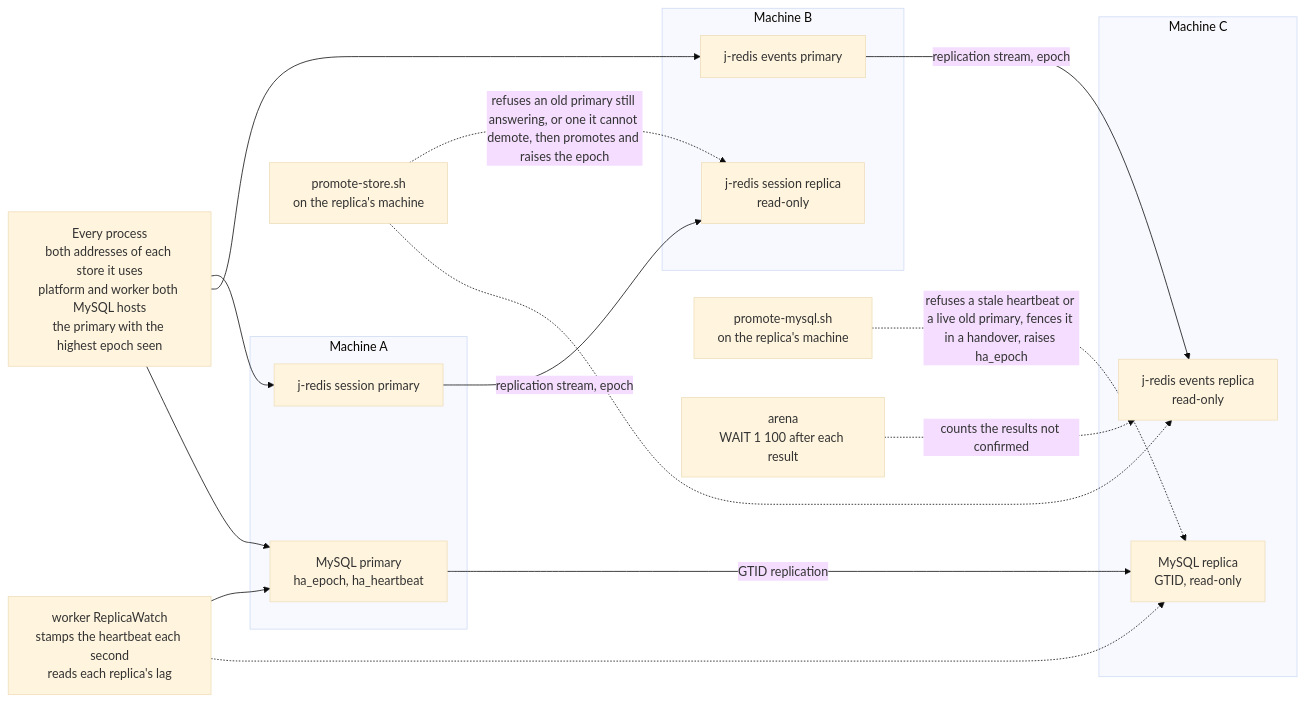
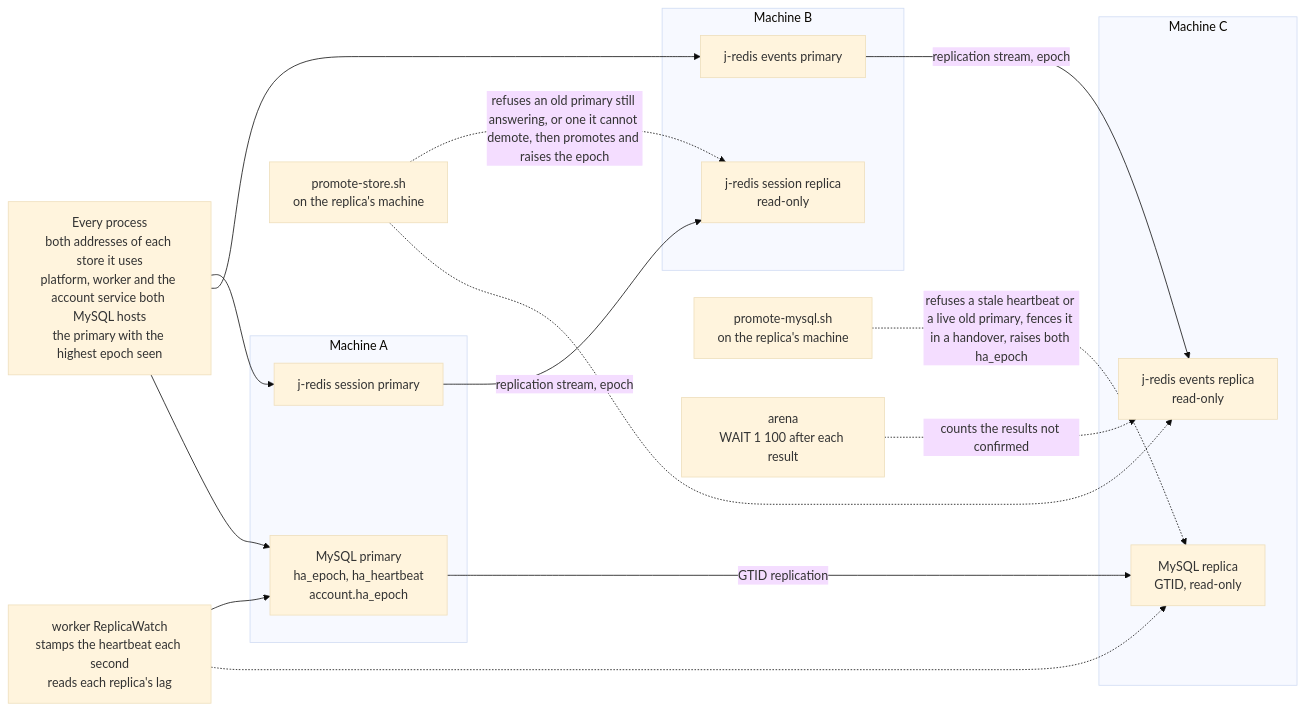
Before and after one commit to greensoft-atom/depio-simulation-platform: the fifth of 6 diagrams in docs/diagrams/01-system.md, drawn with Mermaid (base theme). The commit also changed other lines of this file and 21 other files, not shown here.

First line of the commit message:
docs: the account service on every page that names the processes, the ports or the routes; item 142 (g), D-117, done

````diff
--- a/docs/diagrams/01-system.md
+++ b/docs/diagrams/01-system.md
@@ -247,32 +262,32 @@
 ```mermaid
 flowchart LR
     subgraph MA["Machine A"]
         sessP["j-redis session primary"]
-        myP["MySQL primary<br/>ha_epoch, ha_heartbeat"]
+        myP["MySQL primary<br/>ha_epoch, ha_heartbeat<br/>account.ha_epoch"]
     end
     subgraph MB["Machine B"]
         evP["j-redis events primary"]
         sessR["j-redis session replica<br/>read-only"]
     end
     subgraph MC["Machine C"]
         evR["j-redis events replica<br/>read-only"]
         myR["MySQL replica<br/>GTID, read-only"]
     end
-    procs["Every process<br/>both addresses of each store it uses<br/>platform and worker both MySQL hosts<br/>the primary with the highest epoch seen"]
+    procs["Every process<br/>both addresses of each store it uses<br/>platform, worker and the account service both MySQL hosts<br/>the primary with the highest epoch seen"]
     promS["promote-store.sh<br/>on the replica's machine"]
     promM["promote-mysql.sh<br/>on the replica's machine"]
     watch["worker ReplicaWatch<br/>stamps the heartbeat each second<br/>reads each replica's lag"]
     arenaW["arena<br/>WAIT 1 100 after each result"]
     sessP -->|"replication stream, epoch"| sessR
     evP -->|"replication stream, epoch"| evR
     myP -->|"GTID replication"| myR
     procs --> sessP
     procs --> evP
     procs --> myP
     promS -.->|"refuses an old primary still answering, or one it cannot demote, then promotes and raises the epoch"| sessR
     promS -.-> evR
-    promM -.->|"refuses a stale heartbeat or a live old primary, fences it in a handover, raises ha_epoch"| myR
+    promM -.->|"refuses a stale heartbeat or a live old primary, fences it in a handover, raises both ha_epoch"| myR
     watch --> myP
     watch -.-> myR
     arenaW -.->|"counts the results not confirmed"| evR
 ```
````
